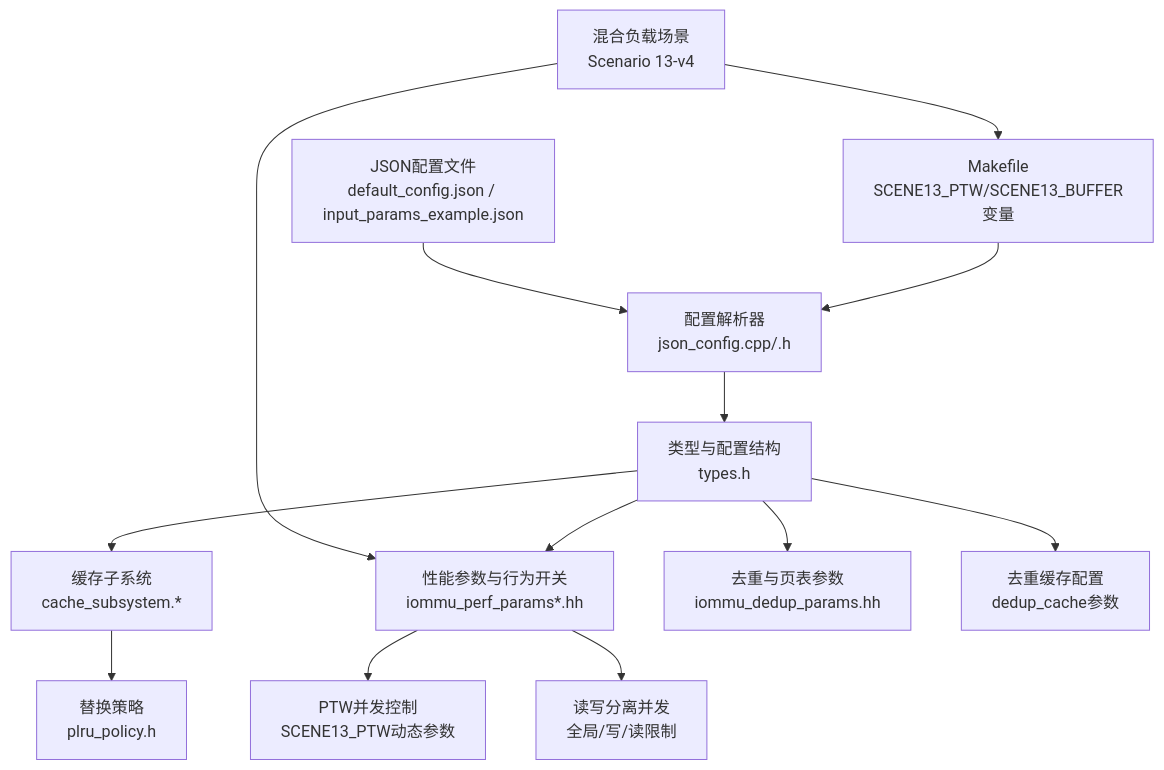
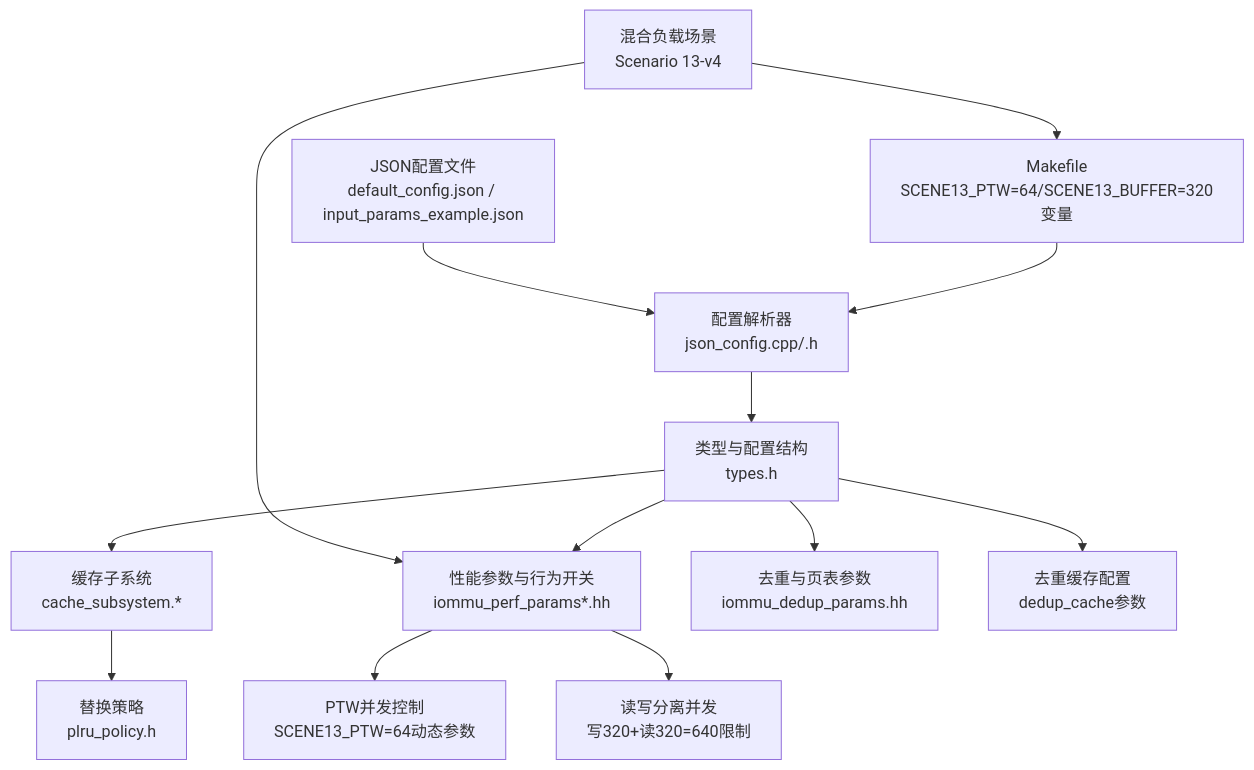
The first of 4 diagrams in .qoder/repowiki/zh/content/配置与参数/配置与参数.md (jiangjiang1122/iommu_model_20260401_v1), drawn with Mermaid before and after one commit. The commit also changed other lines of this file and 55 other files, not shown here.

````diff
--- a/.qoder/repowiki/zh/content/配置与参数/配置与参数.md
+++ b/.qoder/repowiki/zh/content/配置与参数/配置与参数.md
@@ -64,27 +64,27 @@
 ```mermaid
 graph TB
-A["Makefile<br/>SCENE13_PTW/SCENE13_BUFFER变量"]
+A["Makefile<br/>SCENE13_PTW=64/SCENE13_BUFFER=320变量"]
 B["JSON配置文件<br/>default_config.json / input_params_example.json"]
 C["配置解析器<br/>json_config.cpp/.h"]
 D["类型与配置结构<br/>types.h"]
 E["缓存子系统<br/>cache_subsystem.*"]
 F["替换策略<br/>plru_policy.h"]
 G["性能参数与行为开关<br/>iommu_perf_params*.hh"]
 H["去重与页表参数<br/>iommu_dedup_params.hh"]
 I["去重缓存配置<br/>dedup_cache参数"]
-J["PTW并发控制<br/>SCENE13_PTW动态参数"]
-K["读写分离并发<br/>全局/写/读限制"]
+J["PTW并发控制<br/>SCENE13_PTW=64动态参数"]
+K["读写分离并发<br/>写320+读320=640限制"]
 L["混合负载场景<br/>Scenario 13-v4"]
 A --> C
 B --> C
 C --> D
 D --> E
 E --> F
 D --> G
 D --> H
 D --> I
 G --> J
 G --> K
 L --> A
 L --> G
 ```
````
